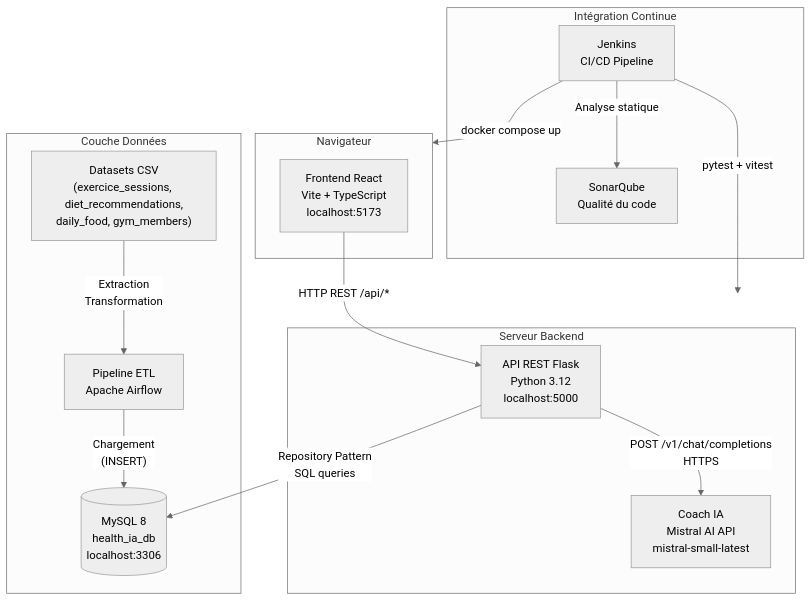
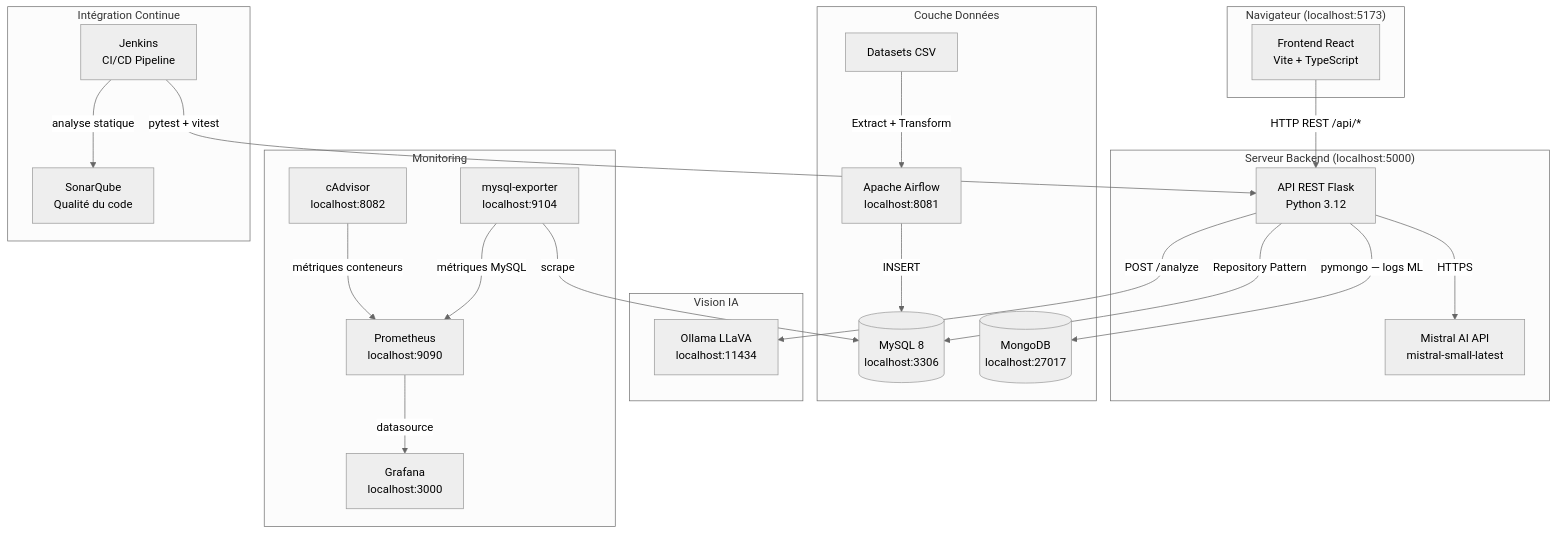
The first of 2 diagrams in docs/architecture.md (LeChatmot/projetMSPR1), drawn with Mermaid (neutral theme) before and after one commit. The commit also changed 1 other file, not shown here.

Commit message:
fix: Mise à jour du diagramme d'architecture et ajout d'une maquette visuelle

````diff
--- a/docs/architecture.md
+++ b/docs/architecture.md
@@ -11,31 +11,48 @@
 ```mermaid
 graph TB
-    subgraph Client["Navigateur"]
-        UI["Frontend React\nVite + TypeScript\nlocalhost:5173"]
+    subgraph Client["Navigateur (localhost:5173)"]
+        UI["Frontend React\nVite + TypeScript"]
     end
 
-    subgraph Backend["Serveur Backend"]
-        API["API REST Flask\nPython 3.12\nlocalhost:5000"]
-        Mistral["Coach IA\nMistral AI API\nmistral-small-latest"]
+    subgraph BackendGroup["Serveur Backend (localhost:5000)"]
+        API["API REST Flask\nPython 3.12"]
+        Mistral["Mistral AI API\nmistral-small-latest"]
     end
 
     subgraph Data["Couche Données"]
-        DB[("MySQL 8\nhealth_ia_db\nlocalhost:3306")]
-        ETL["Pipeline ETL\nApache Airflow"]
-        CSV["Datasets CSV\n(exercice_sessions, diet_recommendations,\ndaily_food, gym_members)"]
+        DB[("MySQL 8\nlocalhost:3306")]
+        Mongo[("MongoDB\nlocalhost:27017")]
+        ETL["Apache Airflow\nlocalhost:8081"]
+        CSV["Datasets CSV"]
+    end
+
+    subgraph Vision["Vision IA"]
+        Ollama["Ollama LLaVA\nlocalhost:11434"]
+    end
+
+    subgraph Monitoring["Monitoring"]
+        Prometheus["Prometheus\nlocalhost:9090"]
+        Grafana["Grafana\nlocalhost:3000"]
+        CAdvisor["cAdvisor\nlocalhost:8082"]
+        MySQLExp["mysql-exporter\nlocalhost:9104"]
     end
 
     subgraph CI["Intégration Continue"]
         Jenkins["Jenkins\nCI/CD Pipeline"]
         Sonar["SonarQube\nQualité du code"]
     end
 
     UI -->|"HTTP REST /api/*"| API
-    API -->|"Repository Pattern\nSQL queries"| DB
-    API -->|"POST /v1/chat/completions\nHTTPS"| Mistral
-    CSV -->|"Extraction\nTransformation"| ETL
-    ETL -->|"Chargement\n(INSERT)"| DB
-    Jenkins -->|"Analyse statique"| Sonar
-    Jenkins -->|"pytest + vitest"| Backend
-    Jenkins -->|"docker compose up"| Client
+    API -->|"Repository Pattern"| DB
+    API -->|"pymongo — logs ML"| Mongo
+    API -->|"HTTPS"| Mistral
+    API -->|"POST /analyze"| Ollama
+    CSV -->|"Extract + Transform"| ETL
+    ETL -->|"INSERT"| DB
+    MySQLExp -->|"scrape"| DB
+    CAdvisor -->|"métriques conteneurs"| Prometheus
+    MySQLExp -->|"métriques MySQL"| Prometheus
+    Prometheus -->|"datasource"| Grafana
+    Jenkins -->|"analyse statique"| Sonar
+    Jenkins -->|"pytest + vitest"| API
 ```
````
